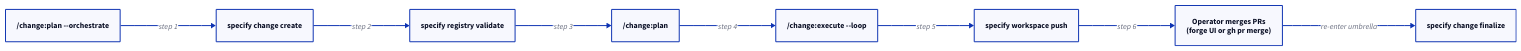
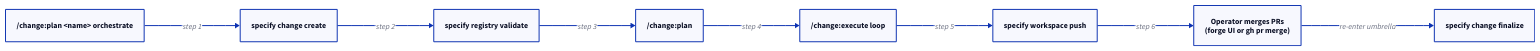
The diagram in docs/reference/change-skills/index.md (augentic/anvil), drawn with D2 before and after one commit. The commit also changed other lines of this file and 179 other files, not shown here.

````diff
--- a/docs/reference/change-skills/index.md
+++ b/docs/reference/change-skills/index.md
@@ -19,21 +19,21 @@
 ```d2
 direction: right
 
-umbrella: "/change:plan --orchestrate" {shape: rectangle}
+umbrella: "/change:plan <name> orchestrate" {shape: rectangle}
 
 brief: "specify change create" {shape: rectangle}
 registry: "specify registry validate" {shape: rectangle}
 plan: "/change:plan" {shape: rectangle}
-execute: "/change:execute --loop" {shape: rectangle}
+execute: "/change:execute loop" {shape: rectangle}
 push: "specify workspace push" {shape: rectangle}
 mergeStep: "Operator merges PRs\n(forge UI or gh pr merge)" {shape: rectangle}
 finalize: "specify change finalize" {shape: rectangle}
 
 umbrella -> brief: "step 1"
 brief -> registry: "step 2"
 registry -> plan: "step 3"
 plan -> execute: "step 4"
 execute -> push: "step 5"
 push -> mergeStep: "step 6"
 mergeStep -> finalize: "re-enter umbrella"
 ```
````
